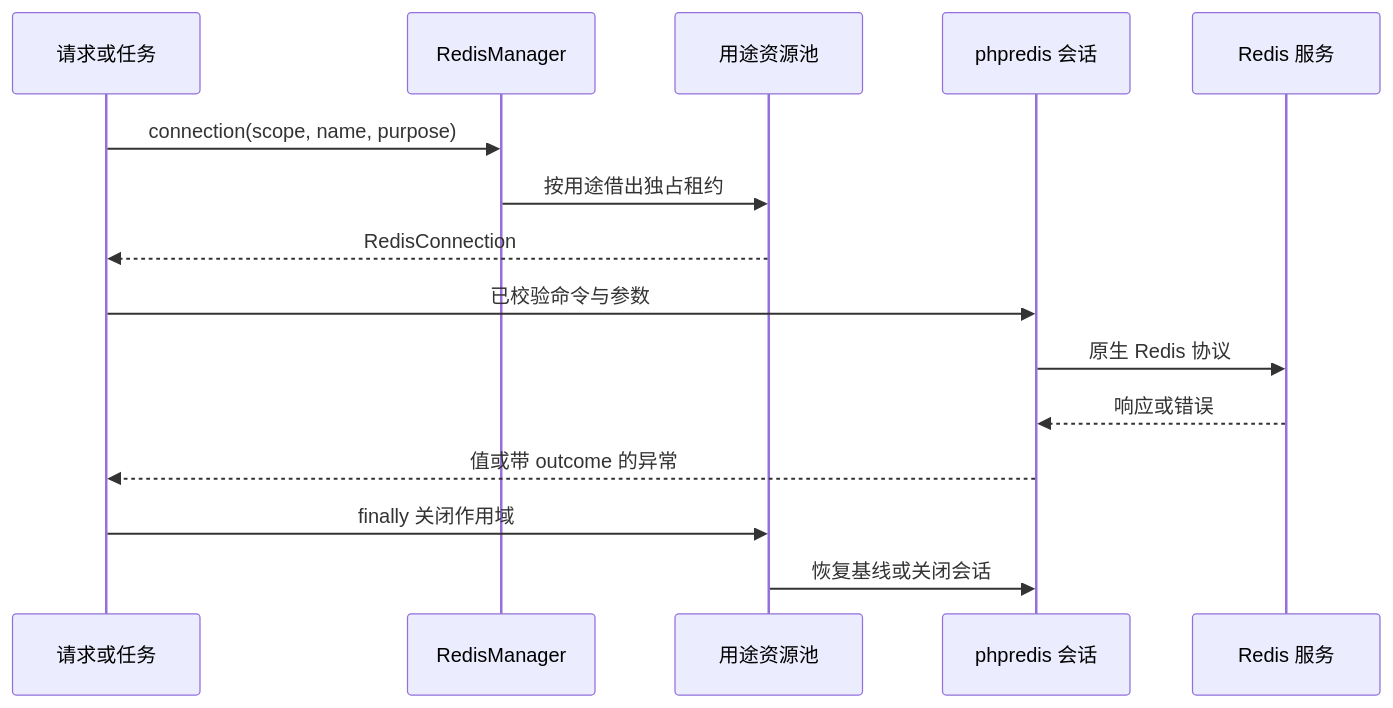
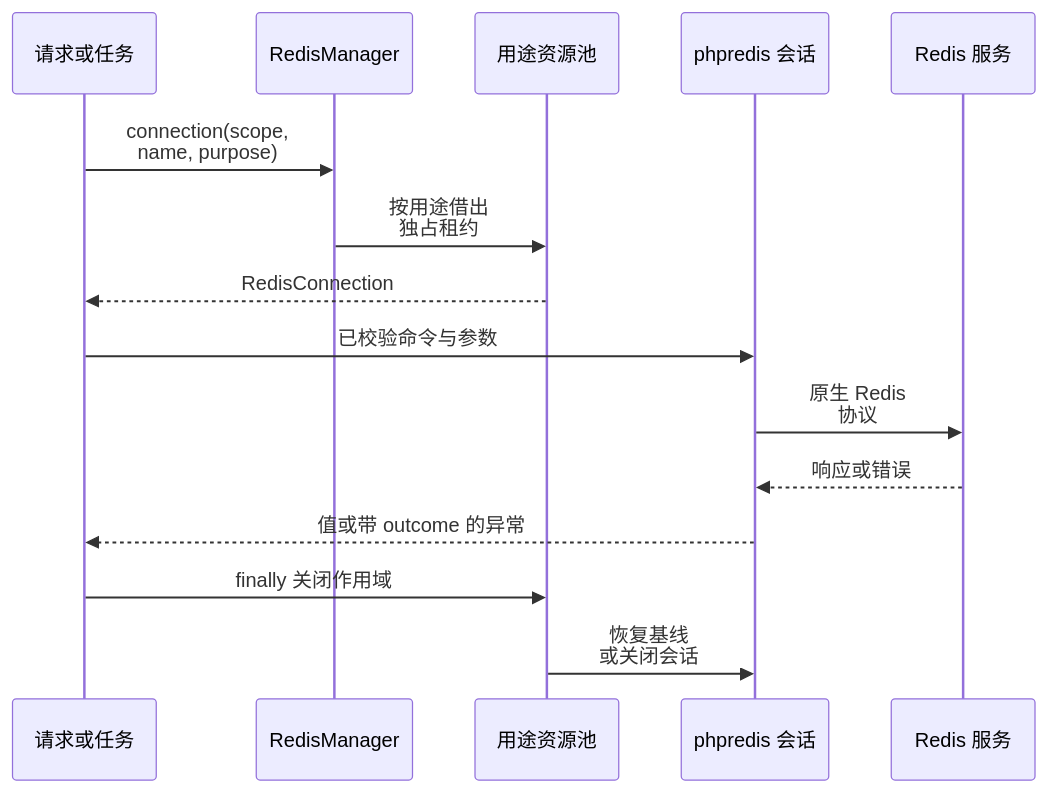
Before and after one commit to zoujingli/typeapp: the diagram in docs/guide/plugins/type-redis.md, drawn with Mermaid. The commit also changed other lines of this file and 31 other files, not shown here.

Commit message:
docs(release): 细化版本安装与组件图示并记录候选验收边界

````diff
--- a/docs/guide/plugins/type-redis.md
+++ b/docs/guide/plugins/type-redis.md
@@ -9,17 +9,22 @@
 ```mermaid
+---
+config:
+  sequence:
+    width: 115
+---
 sequenceDiagram
     participant Work as 请求或任务
     participant Manager as RedisManager
     participant Pool as 用途资源池
     participant Client as phpredis 会话
     participant Server as Redis 服务
-    Work->>Manager: connection(scope, name, purpose)
-    Manager->>Pool: 按用途借出独占租约
+    Work->>Manager: connection(scope,<br/>name, purpose)
+    Manager->>Pool: 按用途借出<br/>独占租约
     Pool-->>Work: RedisConnection
     Work->>Client: 已校验命令与参数
-    Client->>Server: 原生 Redis 协议
+    Client->>Server: 原生 Redis<br/>协议
     Server-->>Client: 响应或错误
     Client-->>Work: 值或带 outcome 的异常
     Work->>Pool: finally 关闭作用域
-    Pool->>Client: 恢复基线或关闭会话
+    Pool->>Client: 恢复基线<br/>或关闭会话
 ```
````
